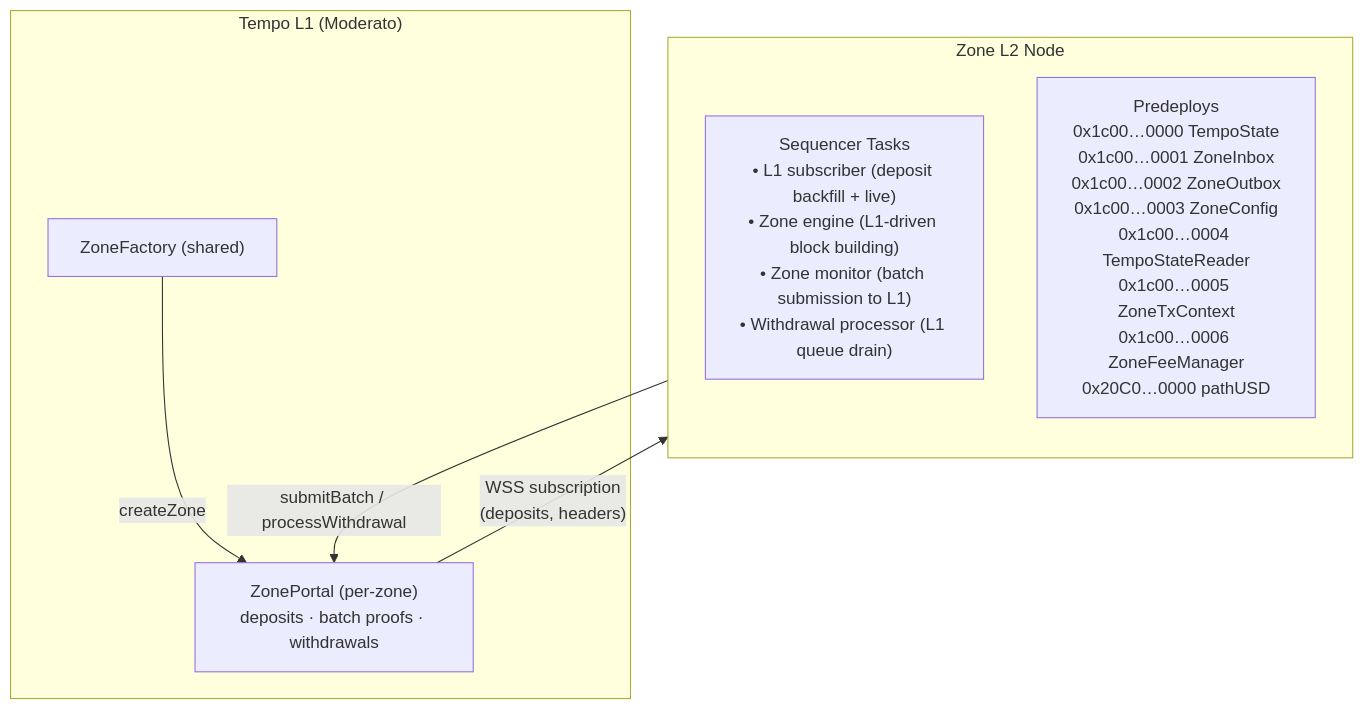
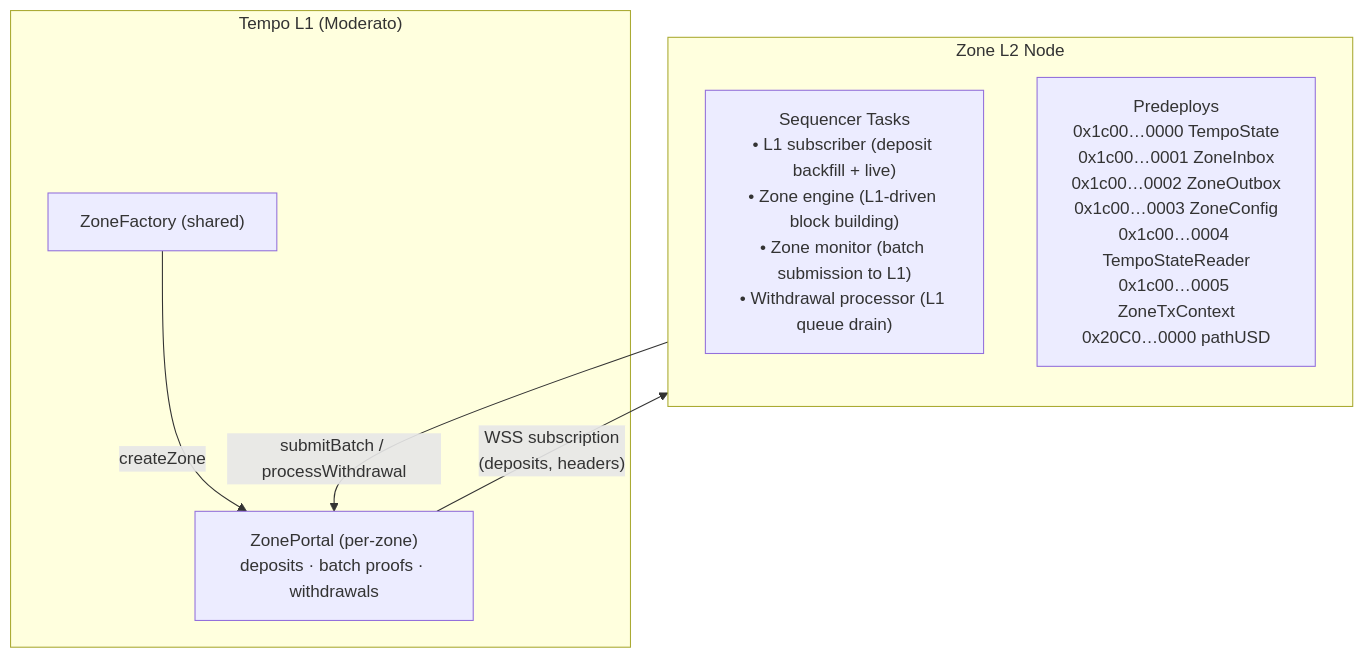
The diagram in docs/ZONES.md (tempoxyz/zones), drawn with Mermaid before and after one commit. The commit also changed other lines of this file and 10 other files, not shown here.

Commit message:
fix: use canonical fee manager address

````diff
--- a/docs/ZONES.md
+++ b/docs/ZONES.md
@@ -503,17 +503,17 @@
 ```mermaid
 graph TB
     subgraph L1["Tempo L1 (Moderato)"]
         Factory["ZoneFactory (shared)"]
         Portal["ZonePortal (per-zone)<br/>deposits · batch proofs · withdrawals"]
         Factory -->|createZone| Portal
     end
 
     subgraph L2["Zone L2 Node"]
         direction TB
         Tasks["Sequencer Tasks<br/>• L1 subscriber (deposit backfill + live)<br/>• Zone engine (L1-driven block building)<br/>• Zone monitor (batch submission to L1)<br/>• Withdrawal processor (L1 queue drain)"]
-        Predeploys["Predeploys<br/>0x1c00…0000 TempoState<br/>0x1c00…0001 ZoneInbox<br/>0x1c00…0002 ZoneOutbox<br/>0x1c00…0003 ZoneConfig<br/>0x1c00…0004 TempoStateReader<br/>0x1c00…0005 ZoneTxContext<br/>0x1c00…0006 ZoneFeeManager<br/>0x20C0…0000 pathUSD"]
+        Predeploys["Predeploys<br/>0x1c00…0000 TempoState<br/>0x1c00…0001 ZoneInbox<br/>0x1c00…0002 ZoneOutbox<br/>0x1c00…0003 ZoneConfig<br/>0x1c00…0004 TempoStateReader<br/>0x1c00…0005 ZoneTxContext<br/>0x20C0…0000 pathUSD"]
     end
 
     Portal -- "WSS subscription<br/>(deposits, headers)" --> Tasks
     Tasks -- "submitBatch / processWithdrawal" --> Portal
 ```
````
